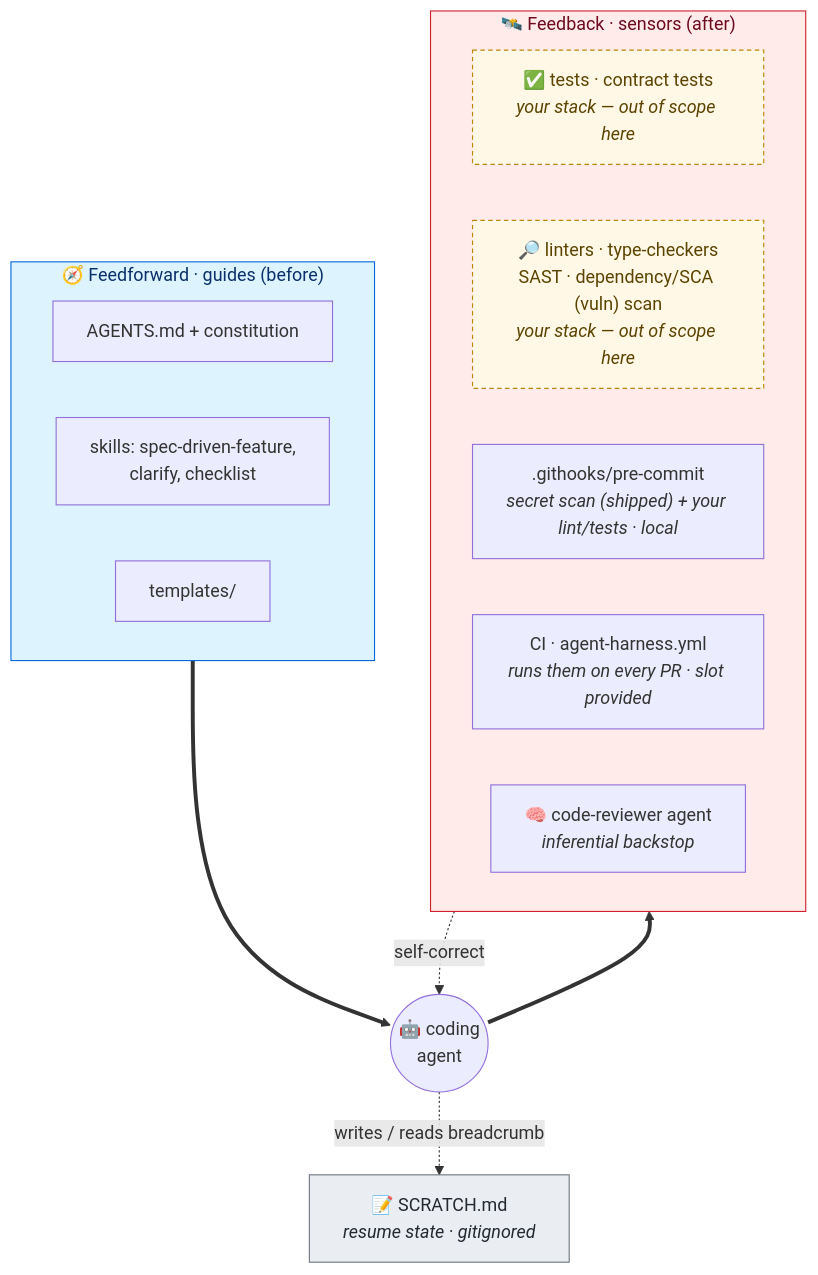
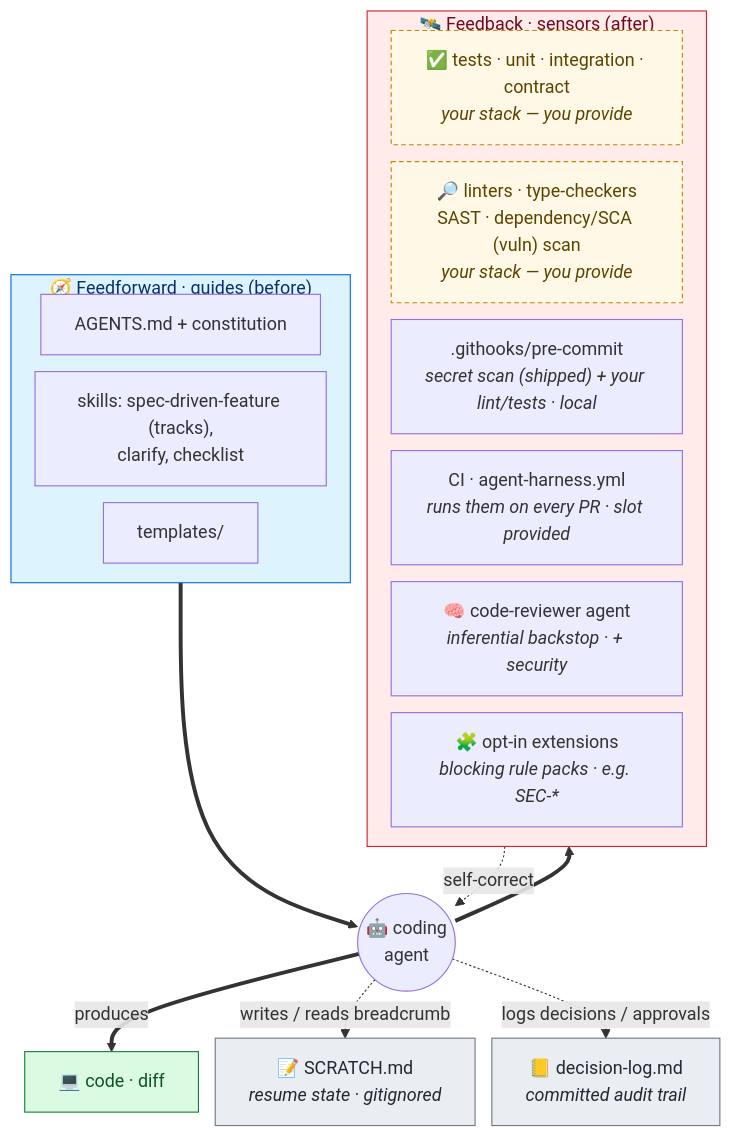
Before and after one commit to saptarshibasu/spec-driven-development: the second of 2 diagrams in README.md, drawn with Mermaid. The commit also changed other lines of this file and 4 other files, not shown here.

Commit message:
updated diagrams and added security review in code reviewer agent

````diff
--- a/README.md
+++ b/README.md
@@ -85,27 +85,33 @@
 ```mermaid
+%%{init: {'flowchart': {'nodeSpacing': 15, 'rankSpacing': 18}}}%%
 flowchart TB
     subgraph FF["🧭 Feedforward · guides (before)"]
         direction LR
         A["AGENTS.md + constitution"]
-        SK["skills: spec-driven-feature,<br/>clarify, checklist"]
+        SK["skills: spec-driven-feature (tracks),<br/>clarify, checklist"]
         TPL["templates/"]
     end
     subgraph FB["🛰️ Feedback · sensors (after)"]
         direction LR
-        TS["✅ tests · contract tests<br/><i>your stack — out of scope here</i>"]:::byo
-        SA["🔎 linters · type-checkers<br/>SAST · dependency/SCA (vuln) scan<br/><i>your stack — out of scope here</i>"]:::byo
+        TS["✅ tests · unit · integration · contract<br/><i>your stack — you provide</i>"]:::byo
+        SA["🔎 linters · type-checkers<br/>SAST · dependency/SCA (vuln) scan<br/><i>your stack — you provide</i>"]:::byo
         HK[".githooks/pre-commit<br/><i>secret scan (shipped) + your lint/tests · local</i>"]
         CI["CI · agent-harness.yml<br/><i>runs them on every PR · slot provided</i>"]
-        AG["🧠 code-reviewer agent<br/><i>inferential backstop</i>"]
+        AG["🧠 code-reviewer agent<br/><i>inferential backstop · + security</i>"]
+        EX["🧩 opt-in extensions<br/><i>blocking rule packs · e.g. SEC-*</i>"]
     end
-    FF ==> AGENT(("🤖 coding<br/>agent")) ==> FB
+    FF ==> AGENT(("🤖 coding<br/>agent"))
+    AGENT ==> FB
+    AGENT ==>|produces| CODE["💻 code · diff"]:::out
     FB -. self-correct .-> AGENT
     AGENT -. writes / reads breadcrumb .-> SC["📝 SCRATCH.md<br/><i>resume state · gitignored</i>"]:::cont
+    AGENT -. logs decisions / approvals .-> DL2["📒 decision-log.md<br/><i>committed audit trail</i>"]:::cont
 
     classDef ff fill:#ddf4ff,stroke:#0969da,color:#0a3069
     classDef fb fill:#ffebe9,stroke:#cf222e,color:#6e0a1e
     classDef cont fill:#eaeef2,stroke:#6e7781,color:#24292f
     classDef byo fill:#fff8e6,stroke:#bf8700,color:#5c4400,stroke-dasharray:4 3
+    classDef out fill:#dafbe1,stroke:#1a7f37,color:#0f5323
     class FF ff
     class FB fb
 ```
````
